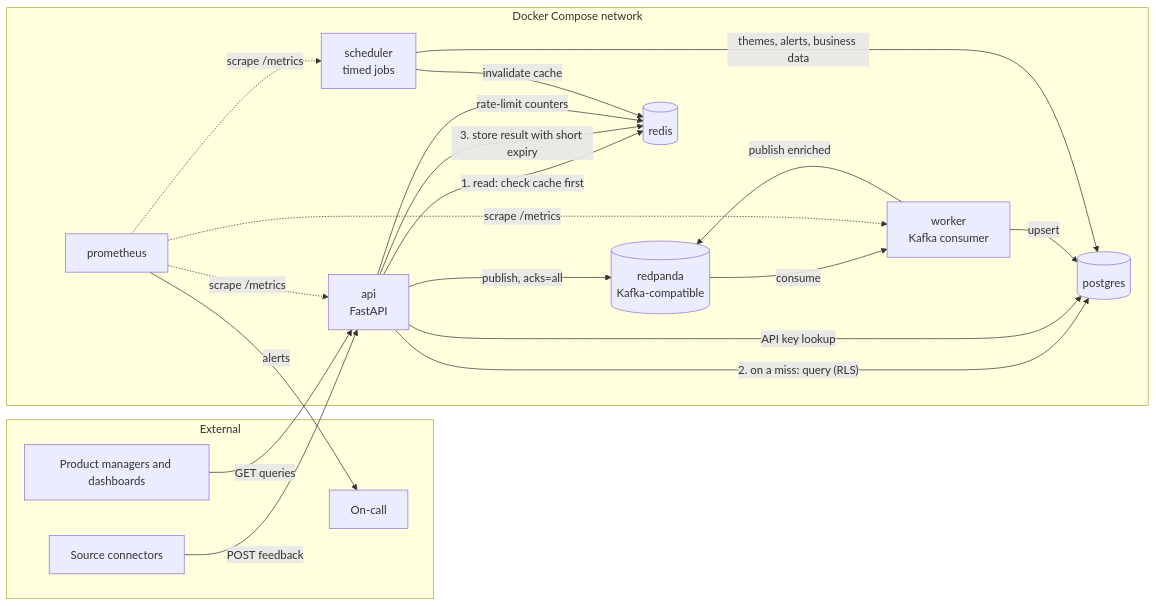
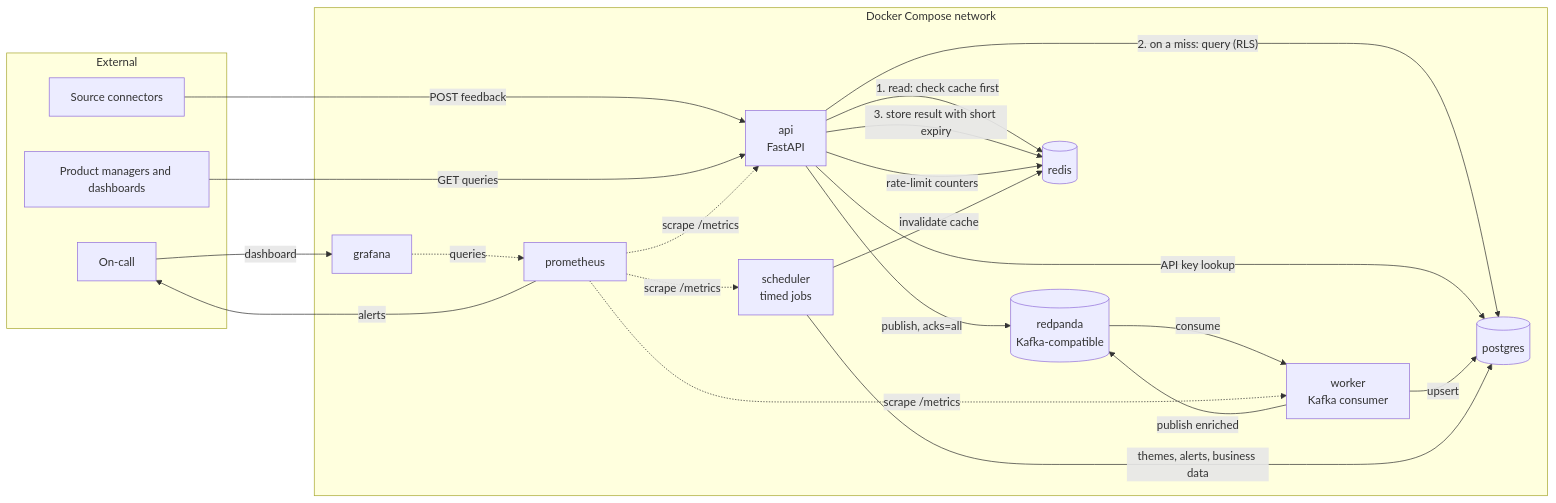
The first of 2 diagrams in docs/deployment.md (vinimaheshwari02/Signal), drawn with Mermaid before and after one commit. The commit also changed other lines of this file and 26 other files, not shown here.

First line of the commit message:
Add monitoring: Prometheus metrics, alert rules and a Grafana dashboard

````diff
--- a/docs/deployment.md
+++ b/docs/deployment.md
@@ -5,36 +5,39 @@
 ```mermaid
 flowchart LR
     subgraph ext[External]
         SRC[Source connectors]
         PM[Product managers and dashboards]
         ONC[On-call]
     end
 
     subgraph compose[Docker Compose network]
         API[api<br/>FastAPI]
         WRK[worker<br/>Kafka consumer]
         SCH[scheduler<br/>timed jobs]
         RP[(redpanda<br/>Kafka-compatible)]
         PG[(postgres)]
         RD[(redis)]
         PROM[prometheus]
+        GRAF[grafana]
     end
 
     SRC -->|POST feedback| API
     PM -->|GET queries| API
     API -->|publish, acks=all| RP
     API -->|"1. read: check cache first"| RD
     API -->|"2. on a miss: query (RLS)"| PG
     API -->|"3. store result with short expiry"| RD
     API -->|rate-limit counters| RD
     API -->|API key lookup| PG
     RP -->|consume| WRK
     WRK -->|upsert| PG
     WRK -->|publish enriched| RP
     SCH -->|themes, alerts, business data| PG
     SCH -->|invalidate cache| RD
     PROM -.->|scrape /metrics| API
     PROM -.->|scrape /metrics| WRK
     PROM -.->|scrape /metrics| SCH
     PROM -->|alerts| ONC
+    GRAF -.->|queries| PROM
+    ONC -->|dashboard| GRAF
 ```
````
